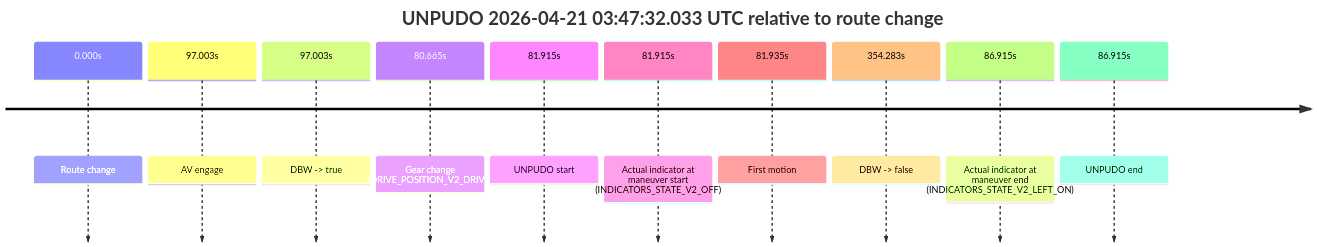
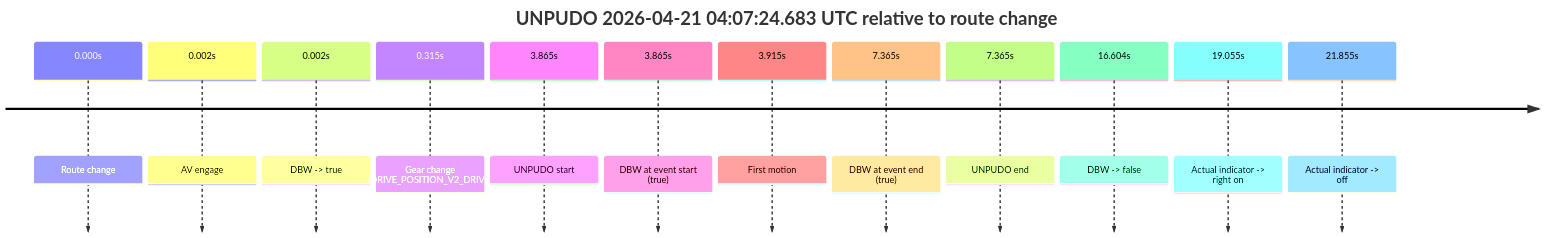
Before and after one commit to yoelshapiro/vault: the first of 11 diagrams in model_analysis/report_cards/2026/04/Week-4/fme10011--2026-04-21--03-43-39--gen2-av-b428b172-abef-437f-9f20-d7e41dc7c203.md, drawn with Mermaid. The commit also changed other lines of this file and 1 other file, not shown here.

````diff
--- a/model_analysis/report_cards/2026/04/Week-4/fme10011--2026-04-21--03-43-39--gen2-av-b428b172-abef-437f-9f20-d7e41dc7c203.md
+++ b/model_analysis/report_cards/2026/04/Week-4/fme10011--2026-04-21--03-43-39--gen2-av-b428b172-abef-437f-9f20-d7e41dc7c203.md
@@ -43,14 +45,16 @@
 ```mermaid
 timeline
-    title UNPUDO 2026-04-21 03:47:32.033 UTC relative to route change
+    title UNPUDO 2026-04-21 04:07:24.683 UTC relative to route change
     0.000s : Route change
-    97.003s : AV engage
-    97.003s : DBW -> true
-    80.665s : Gear change (DRIVE_POSITION_V2_DRIVE)
-    81.915s : UNPUDO start
-    81.915s : Actual indicator at maneuver start (INDICATORS_STATE_V2_OFF)
-    81.935s : First motion
-    354.283s : DBW -> false
-    86.915s : Actual indicator at maneuver end (INDICATORS_STATE_V2_LEFT_ON)
-    86.915s : UNPUDO end
+    0.002s : AV engage
+    0.002s : DBW -> true
+    0.315s : Gear change (DRIVE_POSITION_V2_DRIVE)
+    3.865s : UNPUDO start
+    3.865s : DBW at event start (true)
+    3.915s : First motion
+    7.365s : DBW at event end (true)
+    7.365s : UNPUDO end
+    16.604s : DBW -> false
+    19.055s : Actual indicator -> right on
+    21.855s : Actual indicator -> off
 ```
````
